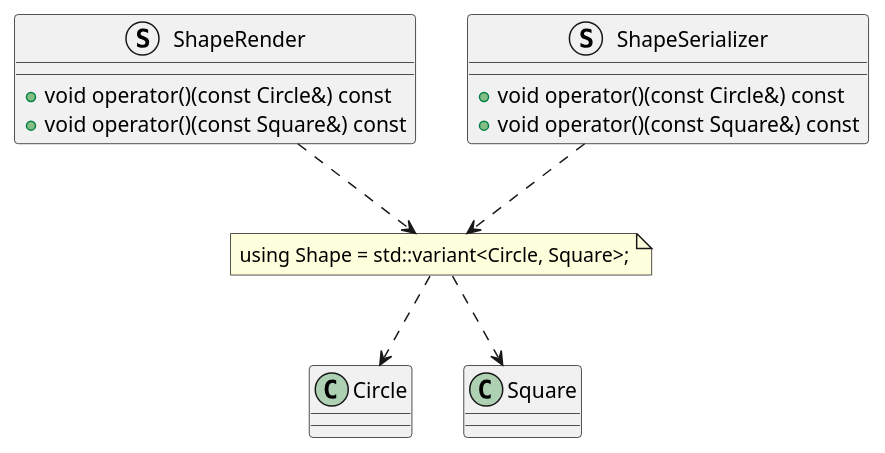
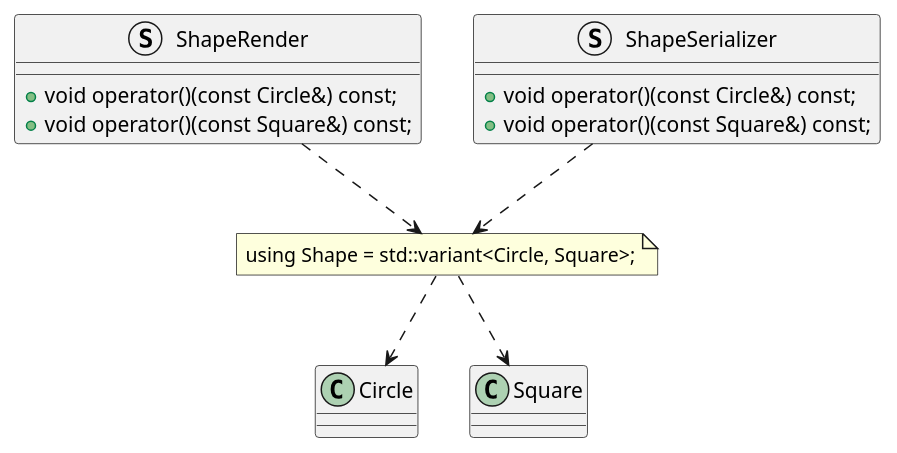
One commit to mirinta/cpp_learning changed the diagram in software_design/visitor_pattern/std_variant_version/UML.puml. Above: the diagram before and after it, drawn with PlantUML. The commit also changed 6 other files, not shown here.

```diff
--- a/software_design/visitor_pattern/std_variant_version/UML.puml
+++ b/software_design/visitor_pattern/std_variant_version/UML.puml
@@ -1,27 +1,27 @@
 @startuml
 
 class Circle {
 }
 
 class Square {
 }
 
 note "using Shape = std::variant<Circle, Square>;" as Shape
 
 struct ShapeRender {
-  + void operator()(const Circle&) const
-  + void operator()(const Square&) const
+  + void operator()(const Circle&) const;
+  + void operator()(const Square&) const;
 }
 
 struct ShapeSerializer {
-  + void operator()(const Circle&) const
-  + void operator()(const Square&) const
+  + void operator()(const Circle&) const;
+  + void operator()(const Square&) const;
 }
 
 Shape ..> Circle
 Shape ..> Square
 
 ShapeRender ..> Shape
 ShapeSerializer ..> Shape
 
 @enduml
```
